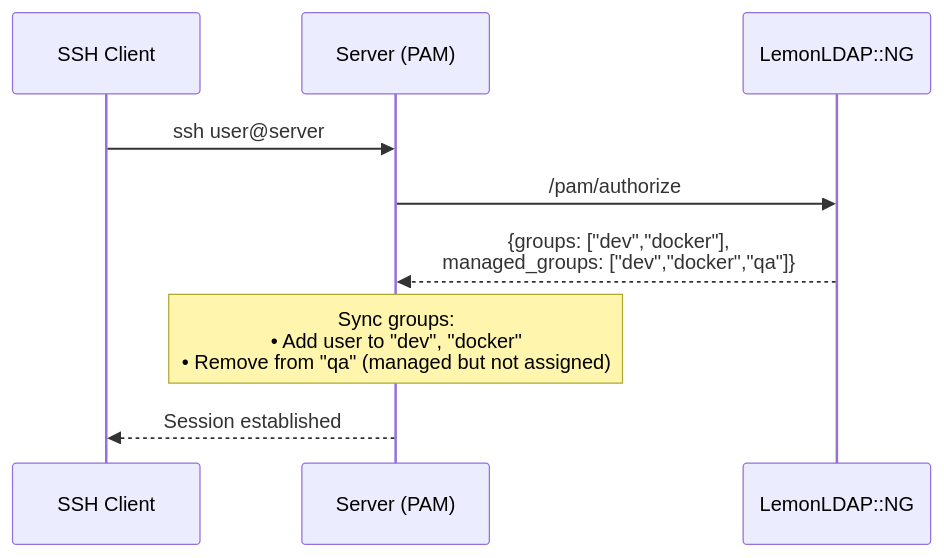
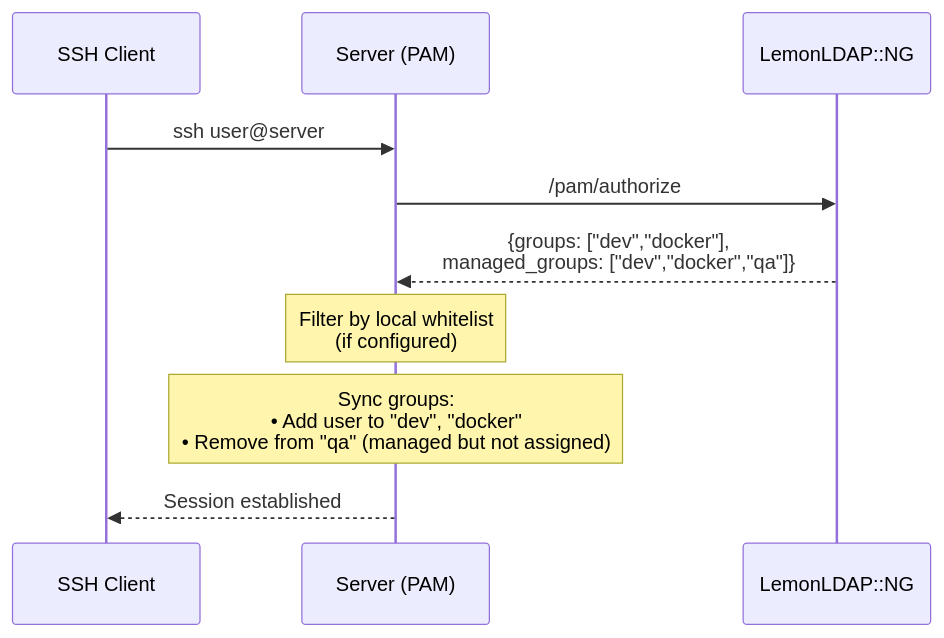
Before and after one commit to linagora/open-bastion: the diagram in doc/llng-configuration.md, drawn with Mermaid. The commit also changed other lines of this file and 6 other files, not shown here.

First line of the commit message:
Add local whitelist for managed groups (defense-in-depth)

````diff
--- a/doc/llng-configuration.md
+++ b/doc/llng-configuration.md
@@ -207,12 +207,13 @@
 ```mermaid
 sequenceDiagram
     participant Client as SSH Client
     participant Server as Server (PAM)
     participant LLNG as LemonLDAP::NG
 
     Client->>Server: ssh user@server
     Server->>LLNG: /pam/authorize
     LLNG-->>Server: {groups: ["dev","docker"],<br/>managed_groups: ["dev","docker","qa"]}
+    Note over Server: Filter by local whitelist<br/>(if configured)
     Note over Server: Sync groups:<br/>• Add user to "dev", "docker"<br/>• Remove from "qa" (managed but not assigned)
     Server-->>Client: Session established
 ```
````
